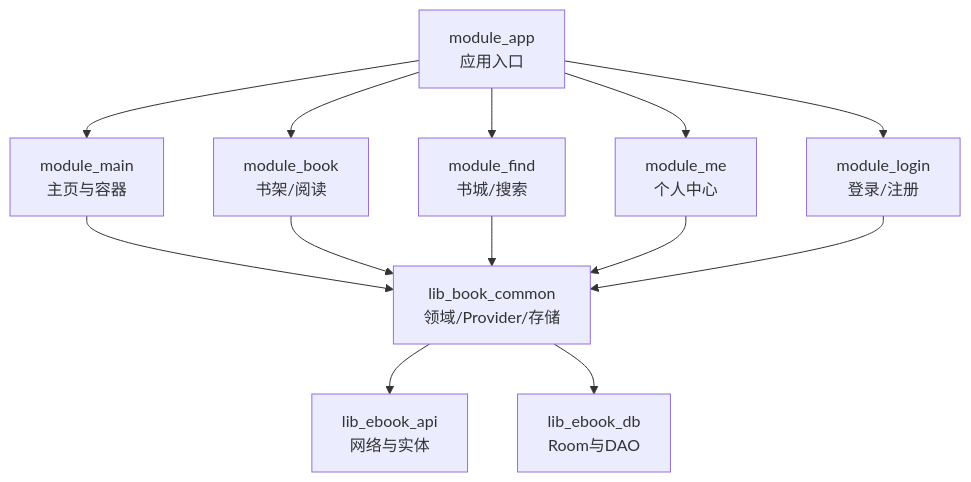
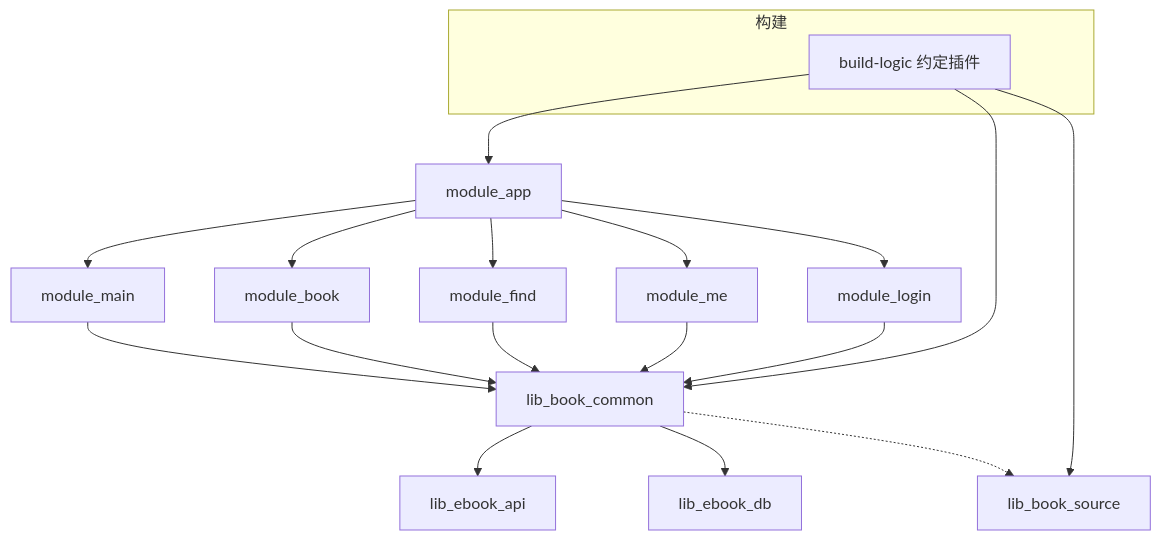
The first of 8 diagrams in .qoder/repowiki/zh/content/架构设计/架构设计.md (xrn1997/android-ebook), drawn with Mermaid before and after one commit. The commit also changed other lines of this file and 544 other files, not shown here.

````diff
--- a/.qoder/repowiki/zh/content/架构设计/架构设计.md
+++ b/.qoder/repowiki/zh/content/架构设计/架构设计.md
@@ -37,15 +40,22 @@
 ```mermaid
 graph TB
-  A["module_app<br/>应用入口"] --> B["module_main<br/>主页与容器"]
-  A --> C["module_book<br/>书架/阅读"]
-  A --> D["module_find<br/>书城/搜索"]
-  A --> E["module_me<br/>个人中心"]
-  A --> F["module_login<br/>登录/注册"]
-  B --> G["lib_book_common<br/>领域/Provider/存储"]
-  C --> G
-  D --> G
-  E --> G
-  F --> G
-  G --> H["lib_ebook_api<br/>网络与实体"]
-  G --> I["lib_ebook_db<br/>Room与DAO"]
+    A["module_app"] --> B["module_main"]
+    A --> C["module_book"]
+    A --> D["module_find"]
+    A --> E["module_me"]
+    A --> F["module_login"]
+    B --> G["lib_book_common"]
+    C --> G
+    D --> G
+    E --> G
+    F --> G
+    G --> H["lib_ebook_api"]
+    G --> I["lib_ebook_db"]
+    G -.-> J["lib_book_source"]
+    subgraph "构建"
+        K["build-logic 约定插件"]
+    end
+    K --> A
+    K --> G
+    K --> J
 ```
````
